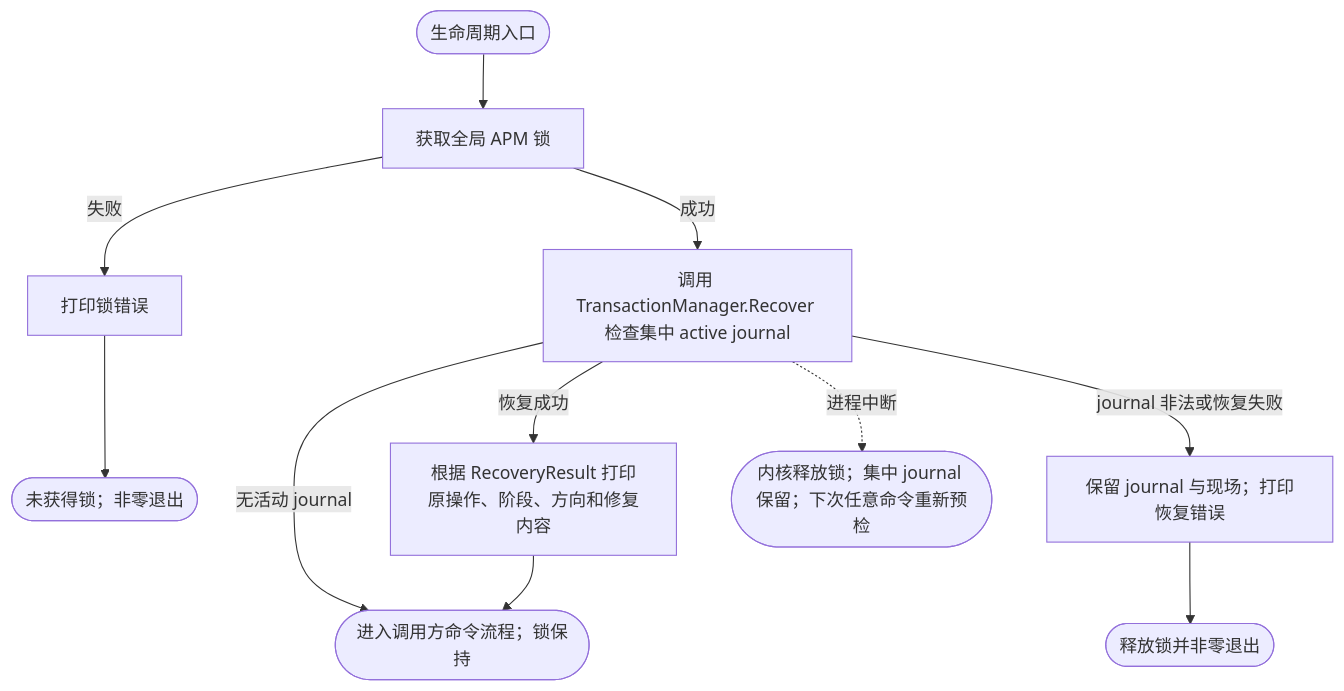
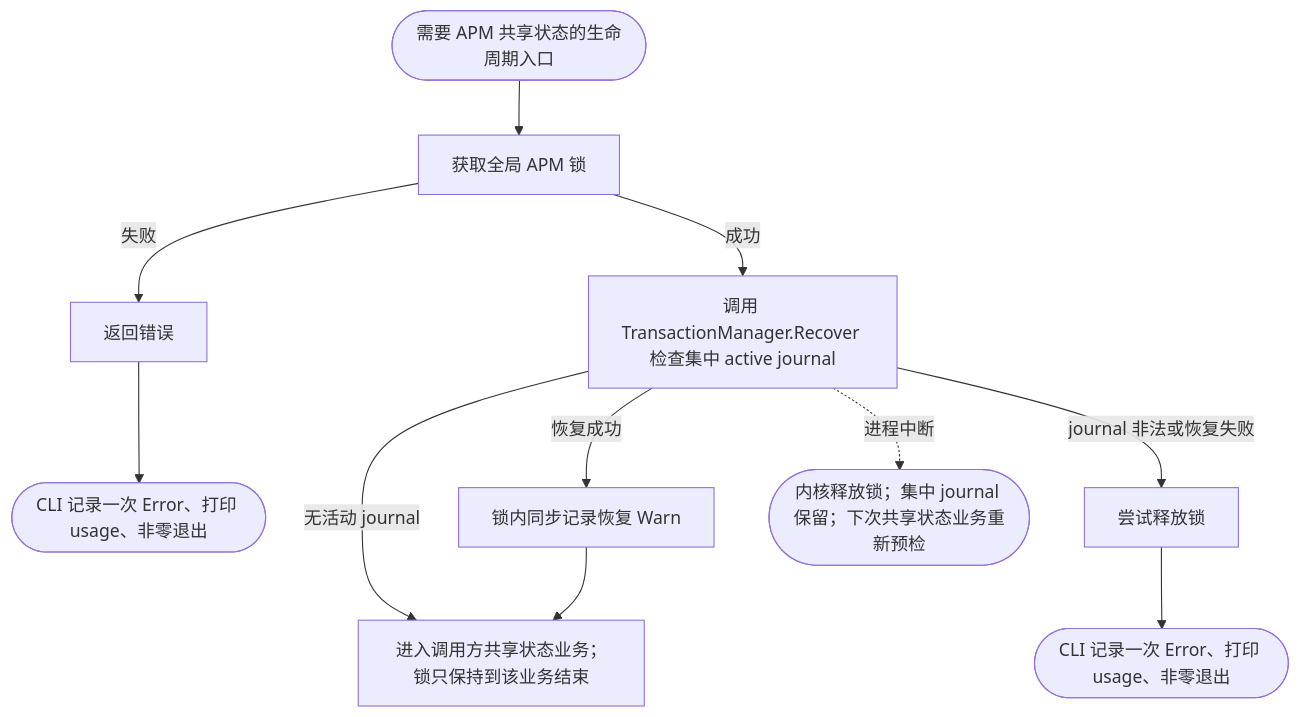
Before and after one commit to spacemit-com/agent-power-manager: the diagram in ivory-tower/c4/components/apm-cli-lifecycle-diagrams/common-journal-recovery.mmd, drawn with Mermaid. The commit also changed 9 other files, not shown here.

```diff
--- a/ivory-tower/c4/components/apm-cli-lifecycle-diagrams/common-journal-recovery.mmd
+++ b/ivory-tower/c4/components/apm-cli-lifecycle-diagrams/common-journal-recovery.mmd
@@ -1,8 +1,8 @@
 flowchart TD
-    RecoveryStart([生命周期入口]) --> RecoveryLock[获取全局 APM 锁]
-    RecoveryLock -->|失败| RecoveryLockFail[打印锁错误] --> RecoveryLockExit([未获得锁；非零退出])
+    RecoveryStart([需要 APM 共享状态的生命周期入口]) --> RecoveryLock[获取全局 APM 锁]
+    RecoveryLock -->|失败| RecoveryLockFail[返回错误] --> RecoveryLockExit([CLI 记录一次 Error、打印 usage、非零退出])
     RecoveryLock -->|成功| RecoveryManager[调用 TransactionManager.Recover 检查集中 active journal]
-    RecoveryManager -->|无活动 journal| RecoveryResume([进入调用方命令流程；锁保持])
-    RecoveryManager -->|恢复成功| RecoveryLog[根据 RecoveryResult 打印原操作、阶段、方向和修复内容] --> RecoveryResume
-    RecoveryManager -->|journal 非法或恢复失败| RecoveryFail[保留 journal 与现场；打印恢复错误] --> RecoveryExitError([释放锁并非零退出])
-    RecoveryManager -.进程中断.-> RecoveryInterrupted([内核释放锁；集中 journal 保留；下次任意命令重新预检])
+    RecoveryManager -->|无活动 journal| RecoveryResume[进入调用方共享状态业务；锁只保持到该业务结束]
+    RecoveryManager -->|恢复成功| RecoveryLog[锁内同步记录恢复 Warn] --> RecoveryResume
+    RecoveryManager -->|journal 非法或恢复失败| RecoveryRelease[尝试释放锁] --> RecoveryExitError([CLI 记录一次 Error、打印 usage、非零退出])
+    RecoveryManager -.进程中断.-> RecoveryInterrupted([内核释放锁；集中 journal 保留；下次共享状态业务重新预检])
```
